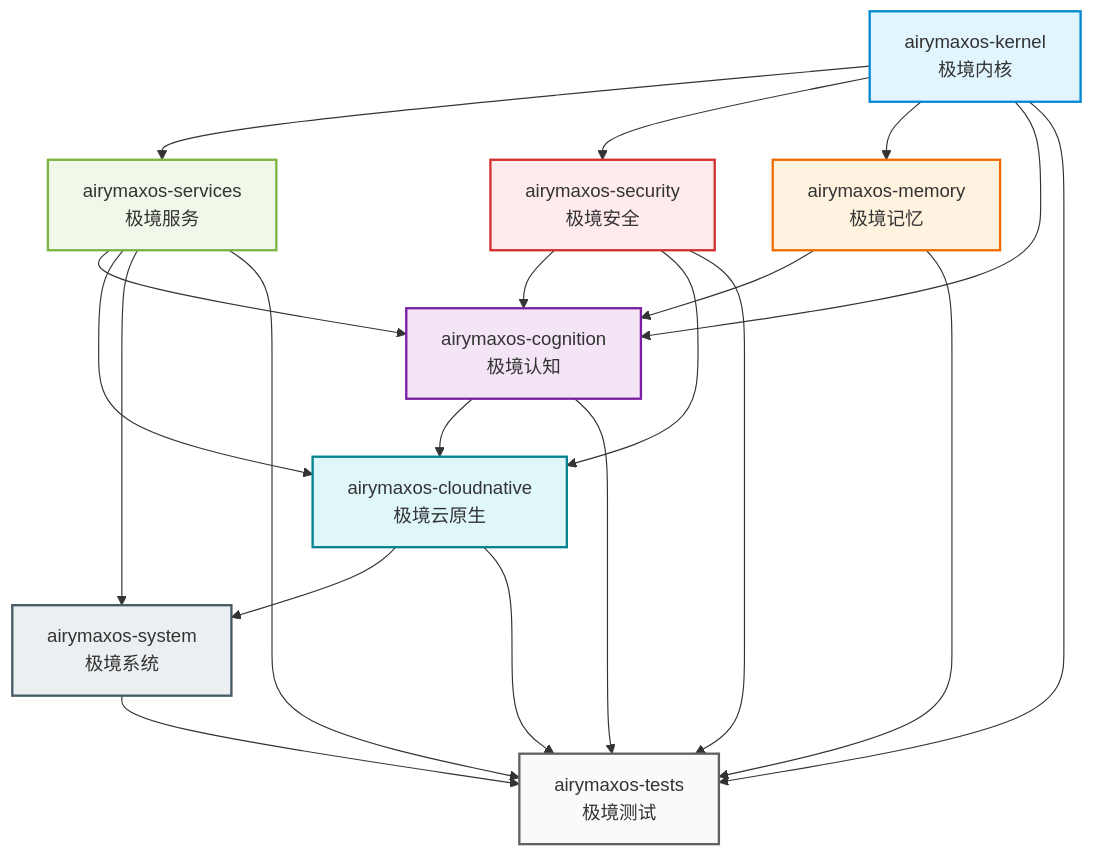
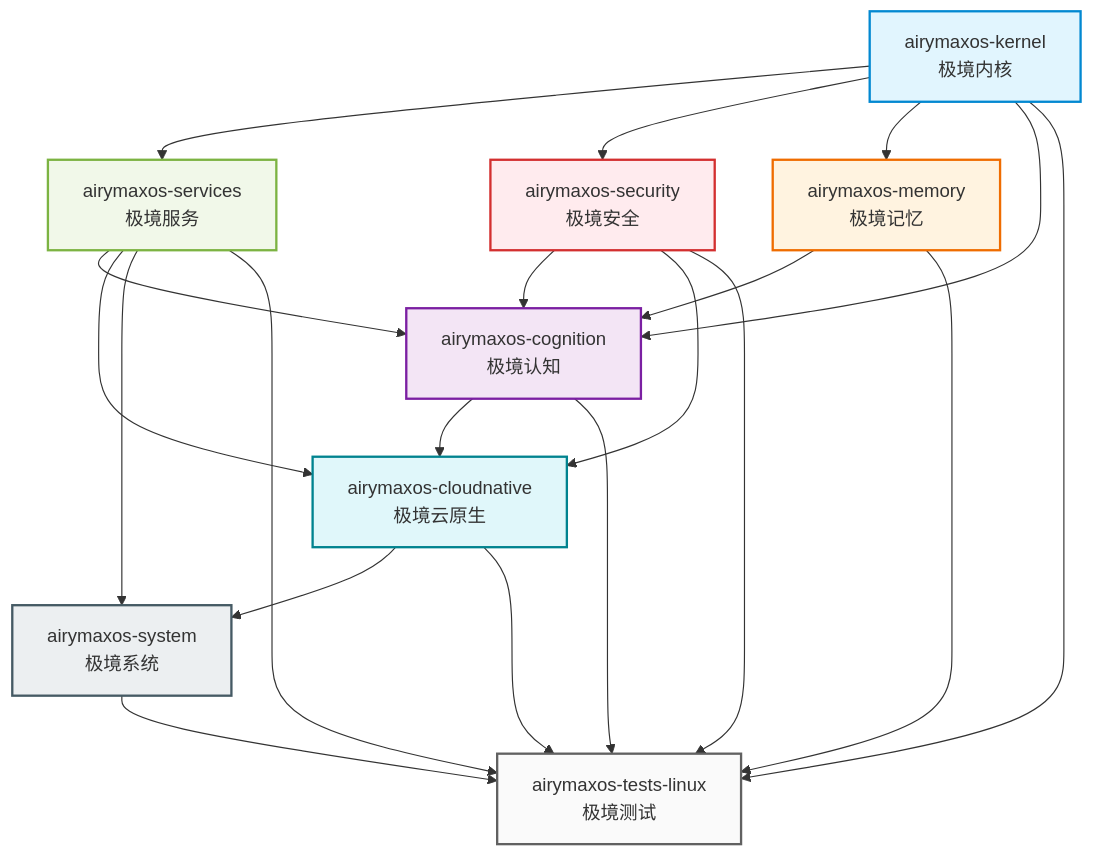
Before and after one commit to openairymax/docs: the diagram in AirymaxOS/20-modules/README.md, drawn with Mermaid. The commit also changed other lines of this file and 75 other files, not shown here.

````diff
--- a/AirymaxOS/20-modules/README.md
+++ b/AirymaxOS/20-modules/README.md
@@ -40,40 +40,40 @@
 ```mermaid
 graph TB
     KERNEL[airymaxos-kernel<br/>极境内核]
     SERVICES[airymaxos-services<br/>极境服务]
     SECURITY[airymaxos-security<br/>极境安全]
     MEMORY[airymaxos-memory<br/>极境记忆]
     COGNITION[airymaxos-cognition<br/>极境认知]
     CLOUD[airymaxos-cloudnative<br/>极境云原生]
     SYSTEM[airymaxos-system<br/>极境系统]
-    TESTS[airymaxos-tests<br/>极境测试]
+    TESTS[airymaxos-tests-linux<br/>极境测试]
 
     KERNEL --> SERVICES
     KERNEL --> SECURITY
     KERNEL --> MEMORY
     KERNEL --> COGNITION
     SERVICES --> COGNITION
     SERVICES --> CLOUD
     SECURITY --> COGNITION
     SECURITY --> CLOUD
     MEMORY --> COGNITION
     COGNITION --> CLOUD
     SERVICES --> SYSTEM
     CLOUD --> SYSTEM
     KERNEL --> TESTS
     SERVICES --> TESTS
     SECURITY --> TESTS
     MEMORY --> TESTS
     COGNITION --> TESTS
     CLOUD --> TESTS
     SYSTEM --> TESTS
 
     style KERNEL fill:#e1f5fe,stroke:#0288d1,stroke-width:2px
     style SERVICES fill:#f1f8e9,stroke:#7cb342,stroke-width:2px
     style SECURITY fill:#ffebee,stroke:#d32f2f,stroke-width:2px
     style MEMORY fill:#fff3e0,stroke:#ef6c00,stroke-width:2px
     style COGNITION fill:#f3e5f5,stroke:#7b1fa2,stroke-width:2px
     style CLOUD fill:#e0f7fa,stroke:#00838f,stroke-width:2px
     style SYSTEM fill:#eceff1,stroke:#455a64,stroke-width:2px
     style TESTS fill:#fafafa,stroke:#616161,stroke-width:2px
 ```
````
